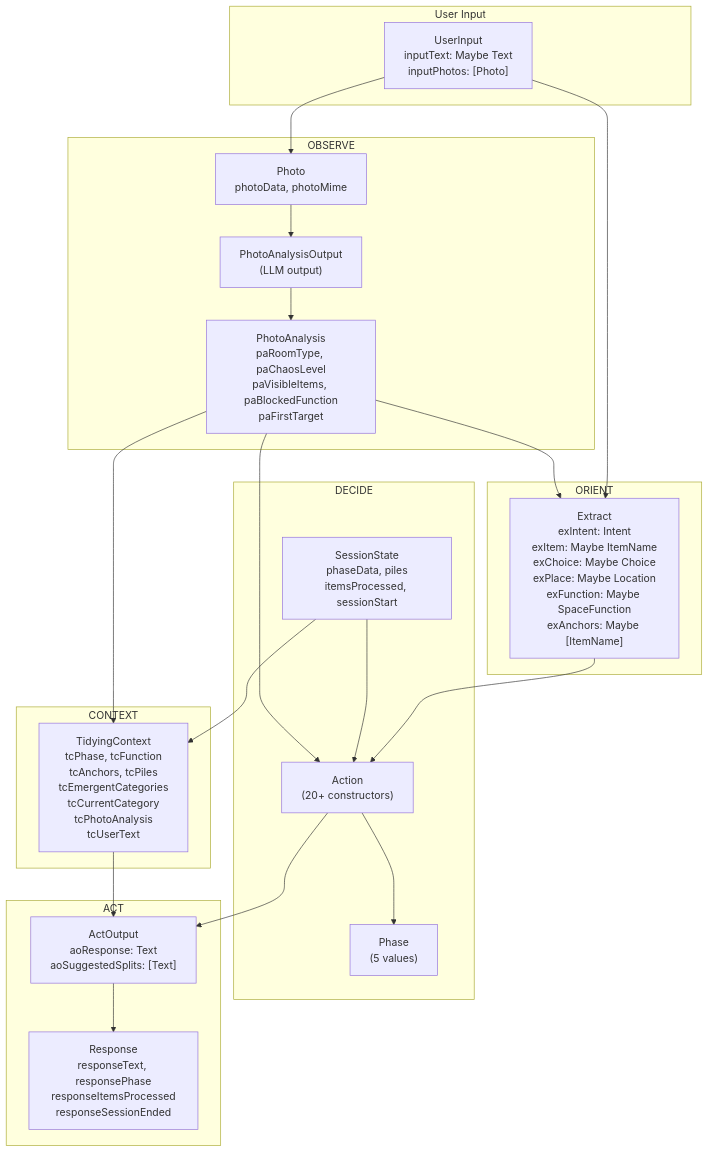
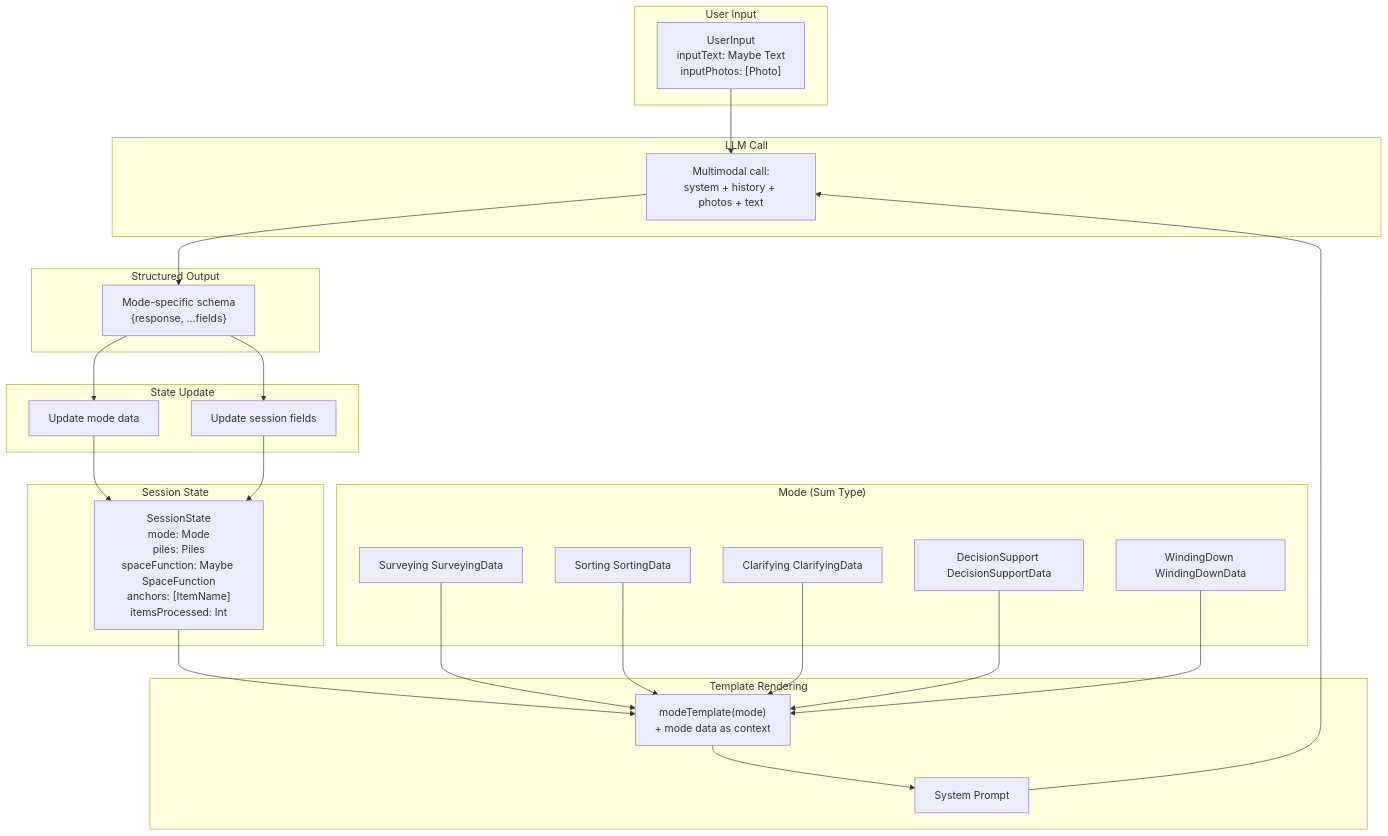
The first of 7 diagrams in src/Tidying/diagrams/data-flow.md (tidepool-heavy-industries/exomonad), drawn with Mermaid before and after one commit. The commit also changed other lines of this file and 46 other files, not shown here.

First line of the commit message:
Refactor Tidying agent: Mode-based architecture replaces OODA loop

````diff
--- a/src/Tidying/diagrams/data-flow.md
+++ b/src/Tidying/diagrams/data-flow.md
@@ -7,44 +7,44 @@
 ```mermaid
 flowchart TB
     subgraph Input["User Input"]
         I1["UserInput<br/>inputText: Maybe Text<br/>inputPhotos: [Photo]"]
     end
 
-    subgraph Observe["OBSERVE"]
-        O1["Photo<br/>photoData, photoMime"]
-        O2["PhotoAnalysisOutput<br/>(LLM output)"]
-        O3["PhotoAnalysis<br/>paRoomType, paChaosLevel<br/>paVisibleItems, paBlockedFunction<br/>paFirstTarget"]
+    subgraph State["Session State"]
+        S1["SessionState<br/>mode: Mode<br/>piles: Piles<br/>spaceFunction: Maybe SpaceFunction<br/>anchors: [ItemName]<br/>itemsProcessed: Int"]
     end
 
-    subgraph Orient["ORIENT"]
-        R1["Extract<br/>exIntent: Intent<br/>exItem: Maybe ItemName<br/>exChoice: Maybe Choice<br/>exPlace: Maybe Location<br/>exFunction: Maybe SpaceFunction<br/>exAnchors: Maybe [ItemName]"]
+    subgraph Mode["Mode (Sum Type)"]
+        M1["Surveying SurveyingData"]
+        M2["Sorting SortingData"]
+        M3["Clarifying ClarifyingData"]
+        M4["DecisionSupport DecisionSupportData"]
+        M5["WindingDown WindingDownData"]
     end
 
-    subgraph Decide["DECIDE"]
-        D1["SessionState<br/>phaseData, piles<br/>itemsProcessed, sessionStart"]
-        D2["Action<br/>(20+ constructors)"]
-        D3["Phase<br/>(5 values)"]
+    subgraph Template["Template Rendering"]
+        T1["modeTemplate(mode)<br/>+ mode data as context"]
+        T2["System Prompt"]
     end
 
-    subgraph Context["CONTEXT"]
-        C1["TidyingContext<br/>tcPhase, tcFunction<br/>tcAnchors, tcPiles<br/>tcEmergentCategories<br/>tcCurrentCategory<br/>tcPhotoAnalysis<br/>tcUserText"]
+    subgraph LLM["LLM Call"]
+        L1["Multimodal call:<br/>system + history + photos + text"]
     end
 
-    subgraph Act["ACT"]
-        A1["ActOutput<br/>aoResponse: Text<br/>aoSuggestedSplits: [Text]"]
-        A2["Response<br/>responseText, responsePhase<br/>responseItemsProcessed<br/>responseSessionEnded"]
+    subgraph Output["Structured Output"]
+        O1["Mode-specific schema<br/>{response, ...fields}"]
     end
 
-    I1 --> O1 --> O2 --> O3
-    I1 --> R1
-    O3 --> R1
-    R1 --> D2
-    D1 --> D2
-    O3 --> D2
-    D2 --> D3
-    D1 --> C1
-    O3 --> C1
-    C1 --> A1
-    D2 --> A1
-    A1 --> A2
+    subgraph Update["State Update"]
+        U1["Update mode data"]
+        U2["Update session fields"]
+    end
+
+    I1 --> L1
+    S1 --> T1
+    M1 & M2 & M3 & M4 & M5 --> T1
+    T1 --> T2 --> L1
+    L1 --> O1
+    O1 --> U1 --> S1
+    O1 --> U2 --> S1
 ```
````
